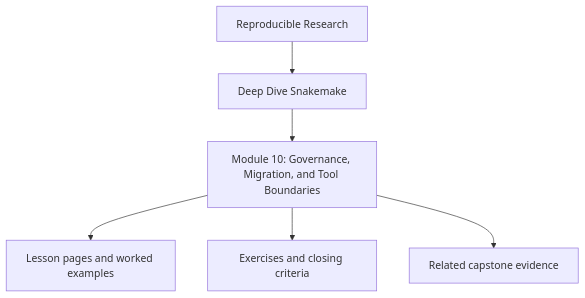
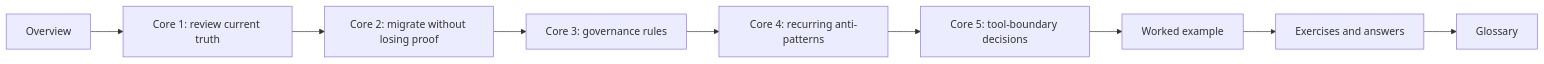
One commit to bijux/bijux-masterclass changed the diagram in programs/reproducible-research/deep-dive-snakemake/course-book/module-10-governance-migration-tool-boundaries/index.md. Above: the diagram before and after it, drawn with Mermaid. The commit also changed other lines of this file, not shown here.

Commit message:
docs(snakemake-module-10): rewrite overview as module map

````diff
--- a/programs/reproducible-research/deep-dive-snakemake/course-book/module-10-governance-migration-tool-boundaries/index.md
+++ b/programs/reproducible-research/deep-dive-snakemake/course-book/module-10-governance-migration-tool-boundaries/index.md
@@ -9,8 +40,11 @@
 ```mermaid
-flowchart TD
-  family["Reproducible Research"] --> program["Deep Dive Snakemake"]
-  program --> module["Module 10: Governance, Migration, and Tool Boundaries"]
-  module --> lessons["Lesson pages and worked examples"]
-  module --> checkpoints["Exercises and closing criteria"]
-  module --> capstone["Related capstone evidence"]
+flowchart LR
+  overview["Overview"] --> core1["Core 1: review current truth"]
+  core1 --> core2["Core 2: migrate without losing proof"]
+  core2 --> core3["Core 3: governance rules"]
+  core3 --> core4["Core 4: recurring anti-patterns"]
+  core4 --> core5["Core 5: tool-boundary decisions"]
+  core5 --> example["Worked example"]
+  example --> practice["Exercises and answers"]
+  practice --> glossary["Glossary"]
 ```
````
